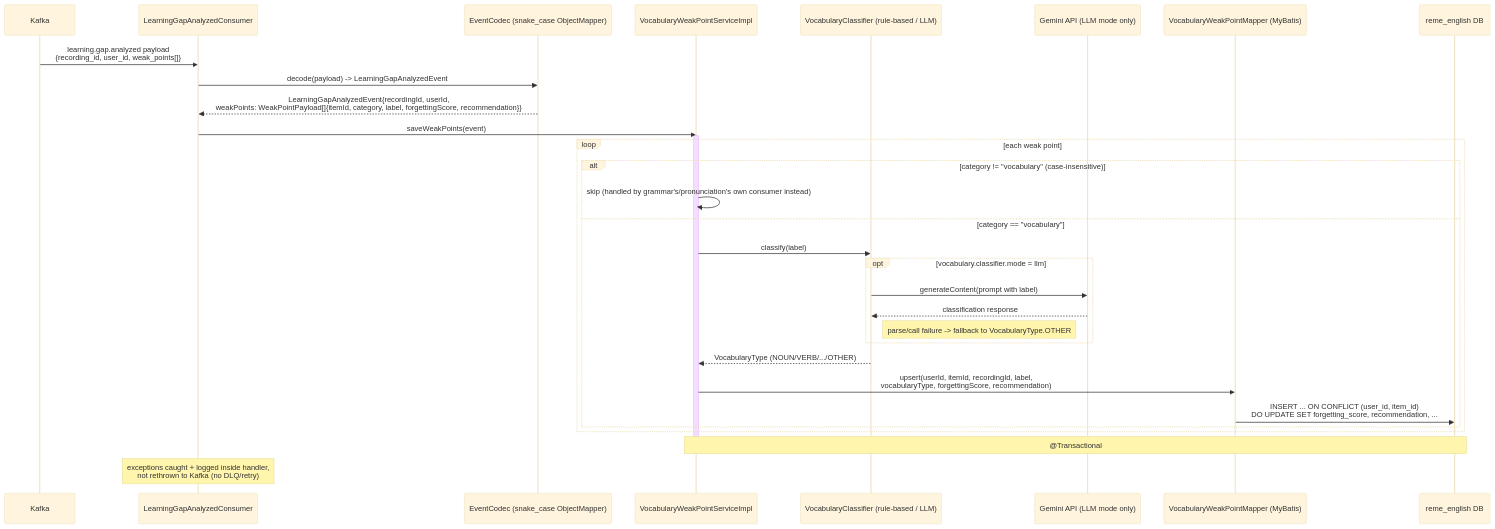
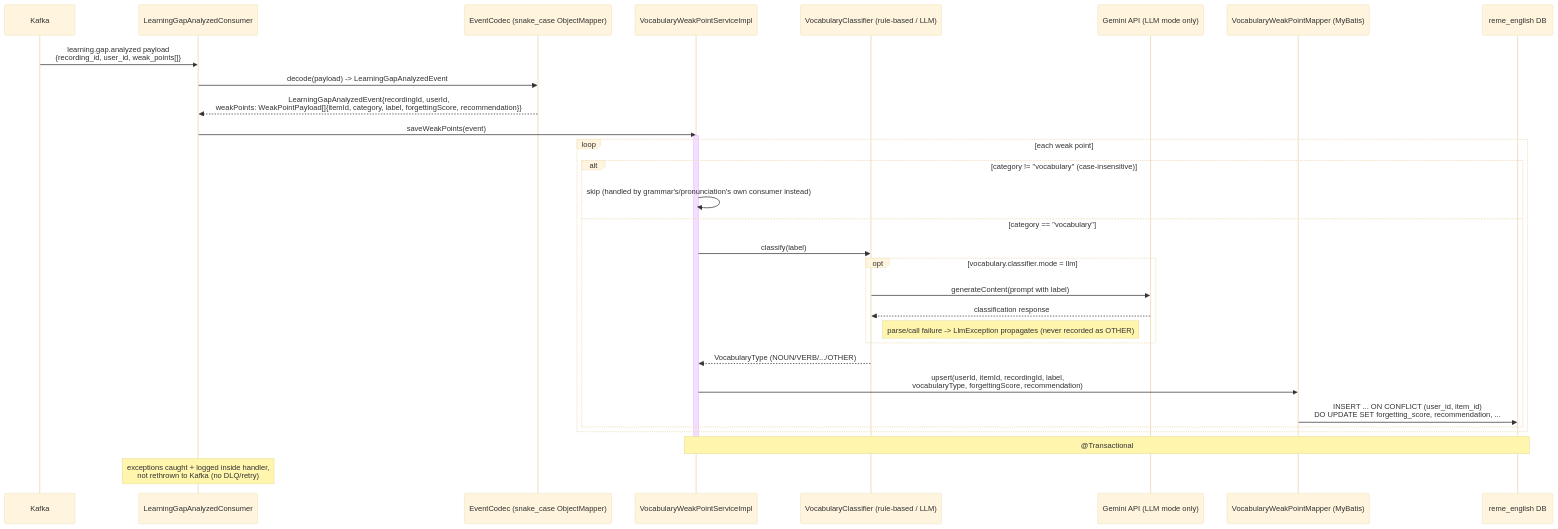
The diagram in docs/sequence/English_service/english-learning-gap-analyzed.md (CuongNguyen13/RemeLearning), drawn with Mermaid before and after one commit. The commit also changed 96 other files, not shown here.

````diff
--- a/docs/sequence/English_service/english-learning-gap-analyzed.md
+++ b/docs/sequence/English_service/english-learning-gap-analyzed.md
@@ -16,43 +16,43 @@
 ```mermaid
 ---
 config:
   theme: base
   themeVariables:
     background: '#ffffff'
 ---
 sequenceDiagram
     participant Kafka
     participant Consumer as LearningGapAnalyzedConsumer
     participant Codec as EventCodec (snake_case ObjectMapper)
     participant Svc as VocabularyWeakPointServiceImpl
     participant Cls as VocabularyClassifier (rule-based / LLM)
     participant Gemini as Gemini API (LLM mode only)
     participant Mapper as VocabularyWeakPointMapper (MyBatis)
     participant DB as reme_english DB
 
     Kafka->>Consumer: learning.gap.analyzed payload<br/>{recording_id, user_id, weak_points[]}
     Consumer->>Codec: decode(payload) -> LearningGapAnalyzedEvent
     Codec-->>Consumer: LearningGapAnalyzedEvent{recordingId, userId,<br/>weakPoints: WeakPointPayload[]{itemId, category, label, forgettingScore, recommendation}}
 
     Consumer->>Svc: saveWeakPoints(event)
     activate Svc
     loop each weak point
         alt category != "vocabulary" (case-insensitive)
             Svc->>Svc: skip (handled by grammar's/pronunciation's own consumer instead)
         else category == "vocabulary"
             Svc->>Cls: classify(label)
             opt vocabulary.classifier.mode = llm
                 Cls->>Gemini: generateContent(prompt with label)
                 Gemini-->>Cls: classification response
-                Note right of Cls: parse/call failure -> fallback to VocabularyType.OTHER
+                Note right of Cls: parse/call failure -> LlmException propagates (never recorded as OTHER)
             end
             Cls-->>Svc: VocabularyType (NOUN/VERB/.../OTHER)
             Svc->>Mapper: upsert(userId, itemId, recordingId, label,<br/>vocabularyType, forgettingScore, recommendation)
             Mapper->>DB: INSERT ... ON CONFLICT (user_id, item_id)<br/>DO UPDATE SET forgetting_score, recommendation, ...
         end
     end
     Note over Svc,DB: @Transactional
     deactivate Svc
 
     Note over Consumer: exceptions caught + logged inside handler,<br/>not rethrown to Kafka (no DLQ/retry)
 ```
````
